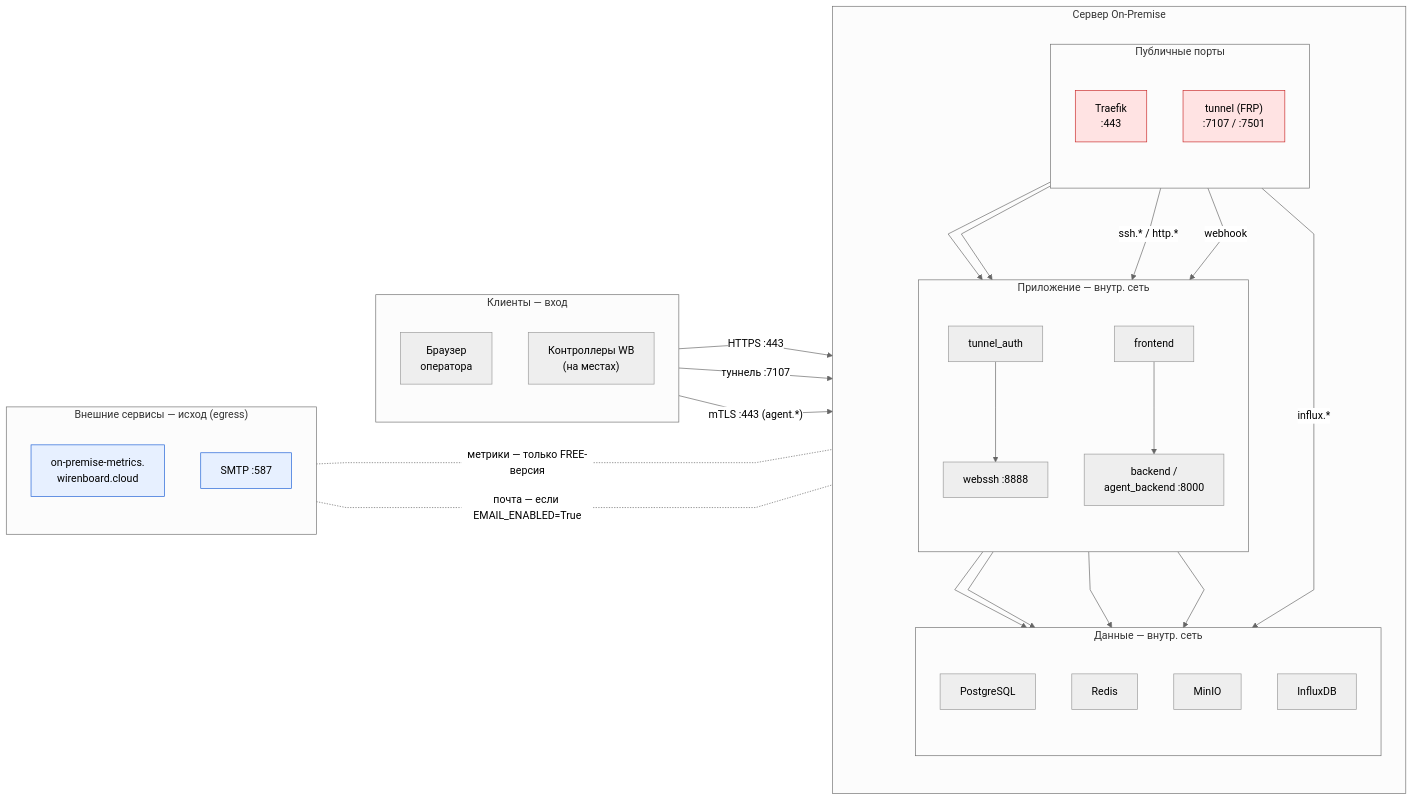
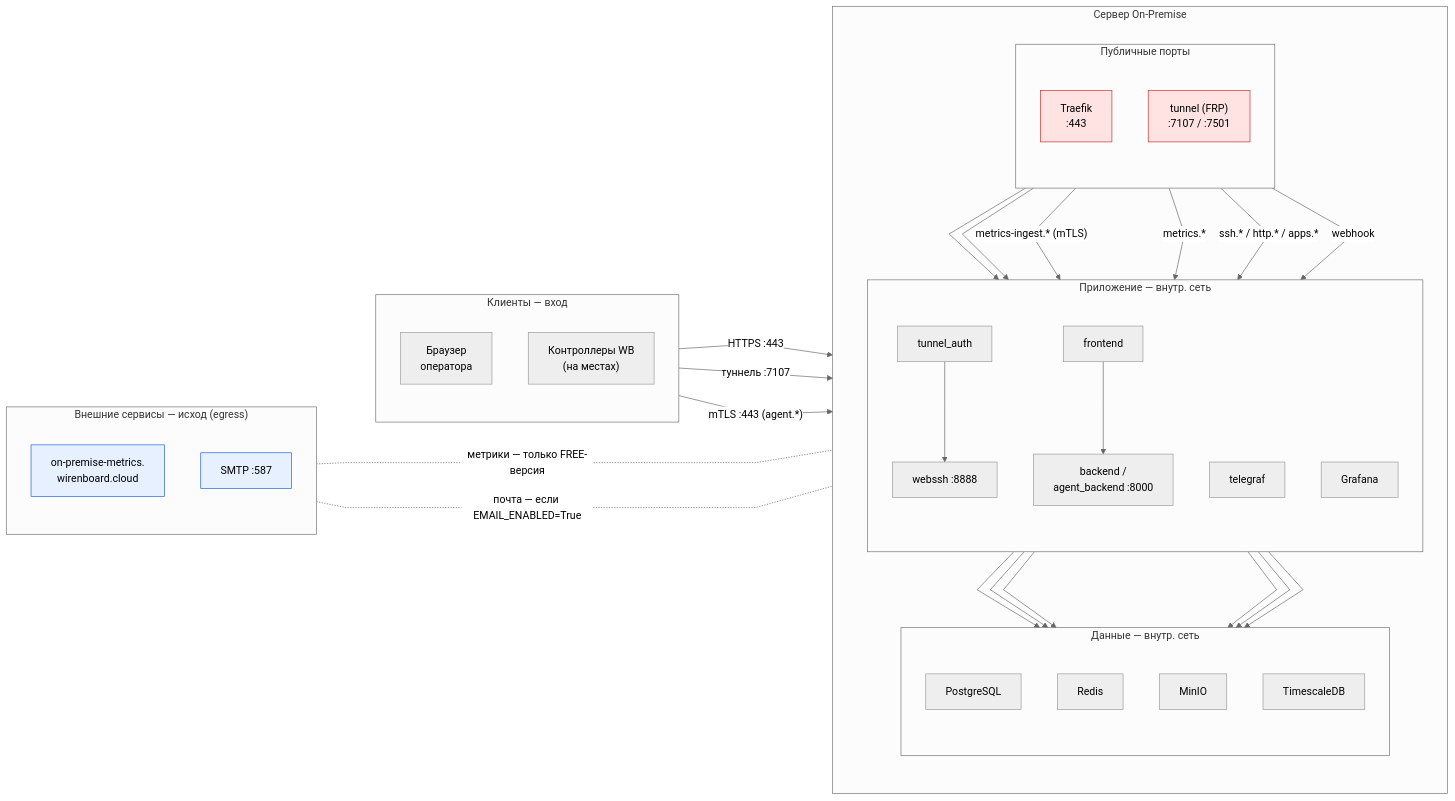
One commit to wirenboard/cloud-on-premise changed the diagram in doc/SECURITY_NETWORK.md. Above: the diagram before and after it, drawn with Mermaid (neutral theme). The commit also changed other lines of this file and 31 other files, not shown here.

````diff
--- a/doc/SECURITY_NETWORK.md
+++ b/doc/SECURITY_NETWORK.md
@@ -56,64 +65,69 @@
 ```mermaid
 %%{init: {"flowchart": {"curve": "linear", "nodeSpacing": 55, "rankSpacing": 90}} }%%
 flowchart LR
     subgraph ext["Внешние сервисы — исход (egress)"]
         direction TB
         wbcloud["on-premise-metrics.<br/>wirenboard.cloud"]
         smtp["SMTP :587"]
     end
 
     subgraph clients["Клиенты — вход"]
         direction TB
         browser["Браузер<br/>оператора"]
         ctrl["Контроллеры WB<br/>(на местах)"]
     end
 
     subgraph host["Сервер On-Premise"]
         direction TB
         subgraph edge["Публичные порты"]
             direction TB
             traefik["Traefik<br/>:443"]
             tunnel["tunnel (FRP)<br/>:7107 / :7501"]
         end
         subgraph app["Приложение — внутр. сеть"]
             direction TB
             frontend["frontend"]
             backend["backend /<br/>agent_backend :8000"]
             tunnel_auth["tunnel_auth"]
             webssh["webssh :8888"]
+            telegraf["telegraf"]
+            grafana["Grafana"]
         end
         subgraph data["Данные — внутр. сеть"]
             direction TB
             pg["PostgreSQL"]
             redis["Redis"]
             minio["MinIO"]
-            influx["InfluxDB"]
+            timescale["TimescaleDB"]
         end
     end
 
     %% невидимые якоря: egress-блок слева, над блоком клиентов
     wbcloud ~~~ browser
     smtp ~~~ ctrl
 
     browser -->|"HTTPS :443"| traefik
     ctrl -->|"туннель :7107"| tunnel
     ctrl -->|"mTLS :443 (agent.*)"| traefik
     traefik --> frontend
     traefik --> backend
-    traefik -->|"influx.*"| influx
-    traefik -->|"ssh.* / http.*"| tunnel_auth
+    traefik -->|"metrics-ingest.* (mTLS)"| telegraf
+    traefik -->|"metrics.*"| grafana
+    traefik -->|"ssh.* / http.* / apps.*"| tunnel_auth
     tunnel_auth --> webssh
     frontend --> backend
     tunnel -->|webhook| backend
+    telegraf --> timescale
+    grafana --> timescale
     backend --> pg
     backend --> redis
     backend --> minio
-    backend --> influx
+    backend --> timescale
     wbcloud <-.-|"метрики — только FREE-версия"| backend
     smtp <-.-|"почта — если EMAIL_ENABLED=True"| backend
 
     classDef pub fill:#ffe3e3,stroke:#c92a2a,color:#000;
     classDef extn fill:#e7f0ff,stroke:#1c5fd6,color:#000;
     class traefik,tunnel pub;
     class wbcloud,smtp extn;
 ```
````
